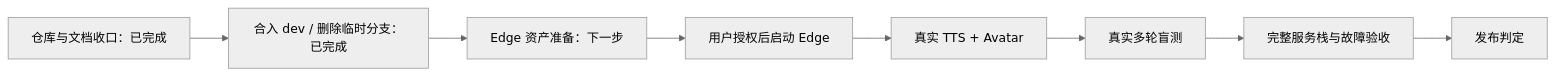
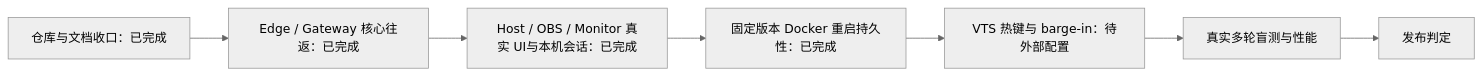
Before and after one commit to SakuraYoruno/Natsume_Ai: the diagram in docs/30_devspec/NEXT_GENERATION_EVOLUTION_EXECUTION.md, drawn with Mermaid (neutral theme). The commit also changed other lines of this file and 384 other files, not shown here.

````diff
--- a/docs/30_devspec/NEXT_GENERATION_EVOLUTION_EXECUTION.md
+++ b/docs/30_devspec/NEXT_GENERATION_EVOLUTION_EXECUTION.md
@@ -26,10 +31,9 @@
 ```mermaid
 flowchart LR
-    A["仓库与文档收口：已完成"] --> B["合入 dev / 删除临时分支：已完成"]
-    B --> C["Edge 资产准备：下一步"]
-    C --> D["用户授权后启动 Edge"]
-    D --> E["真实 TTS + Avatar"]
-    E --> F["真实多轮盲测"]
-    F --> G["完整服务栈与故障验收"]
-    G --> H["发布判定"]
+    A["仓库与文档收口：已完成"] --> B["Edge / Gateway 核心往返：已完成"]
+    B --> C["Host / OBS / Monitor 真实 UI与本机会话：已完成"]
+    C --> D["固定版本 Docker 重启持久性：已完成"]
+    D --> E["VTS 热键与 barge-in：待外部配置"]
+    E --> F["真实多轮盲测与性能"]
+    F --> G["发布判定"]
 ```
````
